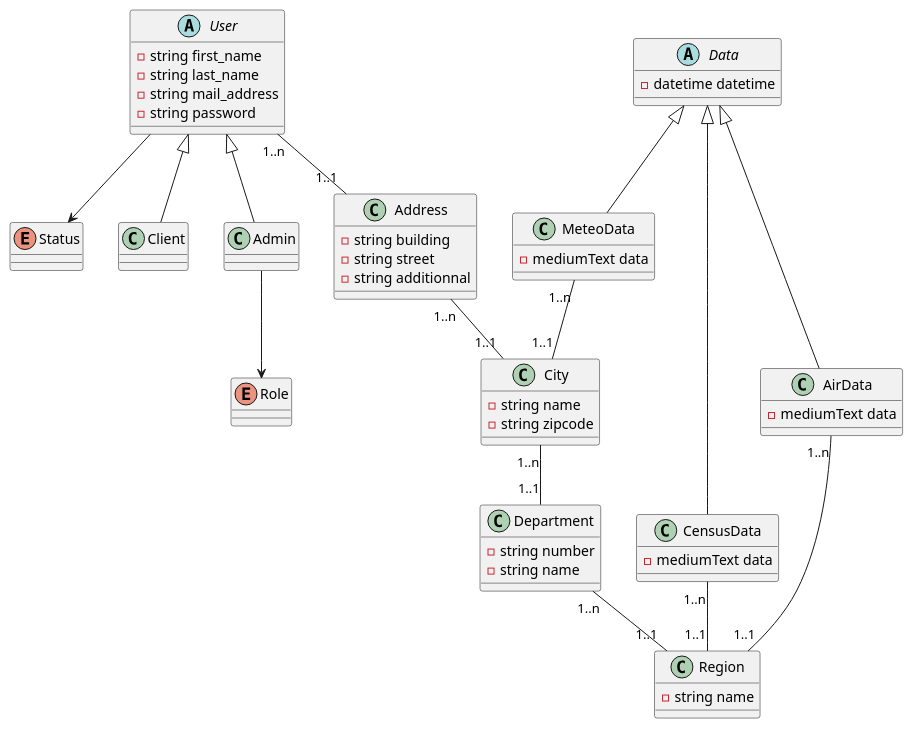
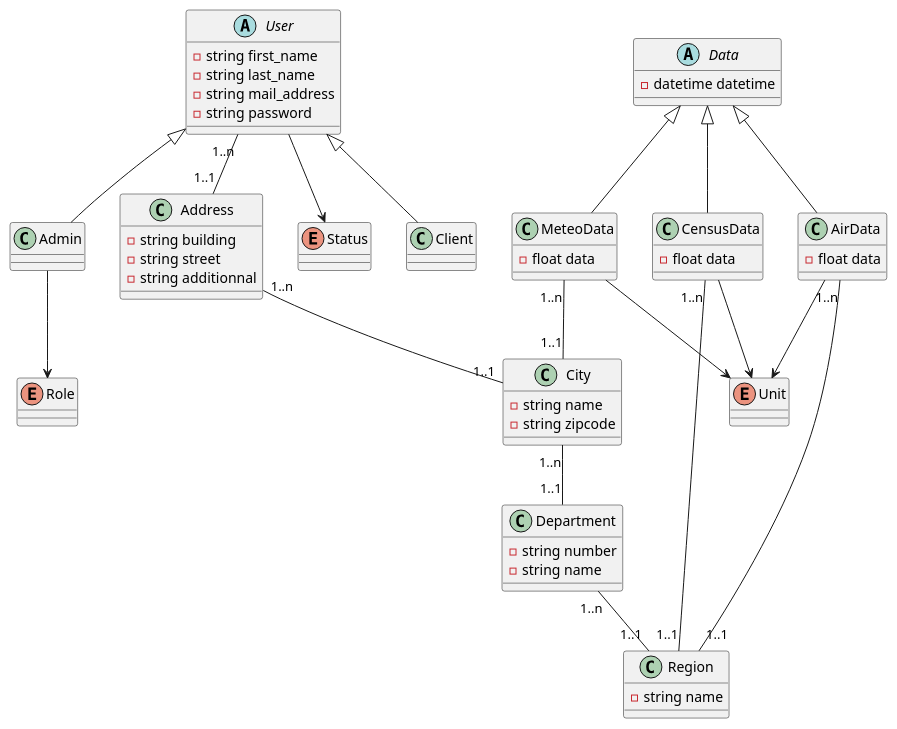
One commit to AirShareCorporation/TPMeteo changed the diagram in class.puml. Above: the diagram before and after it, drawn with PlantUML. The commit also changed 1 other file, not shown here.

Commit message:
mpd et diagramme de classe ajout des datas + unites

```diff
--- a/class.puml
+++ b/class.puml
@@ -1,70 +1,75 @@
 @startuml
 
 abstract class User{
     -string first_name
     -string last_name
     -string mail_address
     -string password
 }
 
 enum Status {}
 
 class Client{}
 
 class Admin{}
 
 enum Role {}
 
 class Address{
     -string building
     -string street
     -string additionnal
 }
 
 class City{
     -string name
     -string zipcode
 }
 
 class Department{
     -string number
     -string name
 }
 
 class Region{
     -string name
 }
 
 abstract class Data{
     -datetime datetime
 }
 
 class CensusData{
-    -mediumText data
+    -float data
 }
 class AirData{
-    -mediumText data
+    -float data
 }
 class MeteoData{
-    -mediumText data
+    -float data
 }
+
+enum Unit{}
 
 User <|-- Client
 User <|-- Admin
 
 Data <|-- CensusData
 Data <|-- AirData
 Data <|-- MeteoData
 
 Admin --> Role
 User --> Status
+AirData --> Unit
+MeteoData --> Unit
+CensusData --> Unit
 
 User "1..n" -- "1..1" Address
 Address "1..n" -- "1..1" City
 City "1..n" -- "1..1" Department
 Department "1..n" -- "1..1" Region
 CensusData "1..n" -- "1..1" Region
 MeteoData "1..n" -- "1..1" City
 AirData "1..n" -- "1..1" Region
 
 @enduml
```
